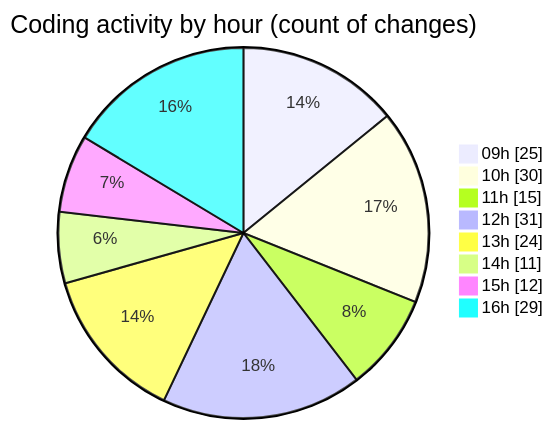
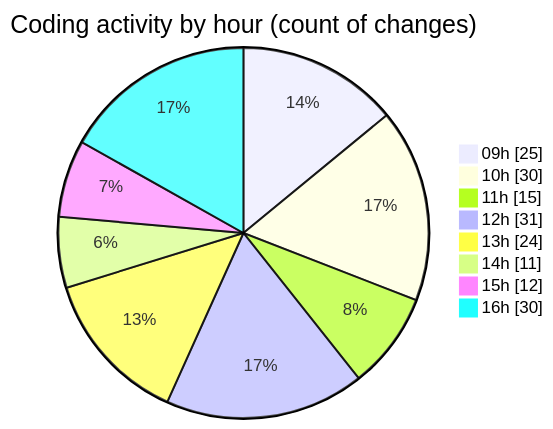
The second of 2 diagrams in 2025-11-18/cda/README.md (momahboobian/code-tracking), drawn with Mermaid before and after one commit. The commit also changed other lines of this file and 1 other file, not shown here.

````diff
--- a/2025-11-18/cda/README.md
+++ b/2025-11-18/cda/README.md
@@ -46,12 +46,12 @@
 ```mermaid
 pie showData
 title Coding activity by hour (count of changes)
 "09h" : 25
 "10h" : 30
 "11h" : 15
 "12h" : 31
 "13h" : 24
 "14h" : 11
 "15h" : 12
-"16h" : 29
+"16h" : 30
 ```
````
